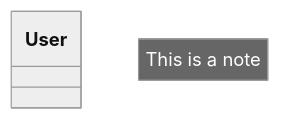
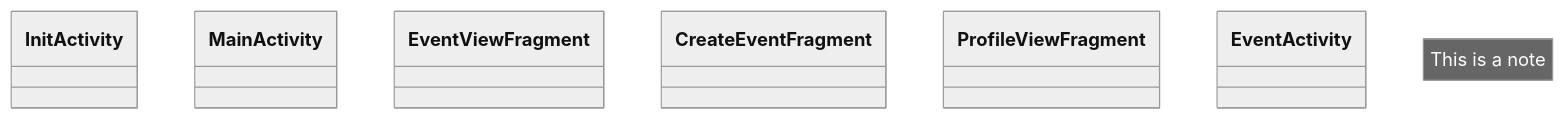
Before and after one commit to CMPUT301F25rocket/rocket-radar: the diagram in doc/uml/main.mmd, drawn with Mermaid (neutral theme). The commit also changed other lines of this file and 3 other files, not shown here.

Commit message:
doc: start uml mostly

```diff
--- a/doc/uml/main.mmd
+++ b/doc/uml/main.mmd
@@ -1,6 +1,24 @@
 %% Syntax here can be weird. Go reference:
 %% https://mermaid.js.org/syntax/classDiagram.html
 classDiagram
     note "This is a note"
-    class User{
+    class InitActivity{
+
     }
+
+    class MainActivity {
+
+    }
+    class EventViewFragment {
+
+    }
+    class CreateEventFragment {
+
+    }
+    class ProfileViewFragment {
+
+    }
+
+    class EventActivity {
+
+    }
```
